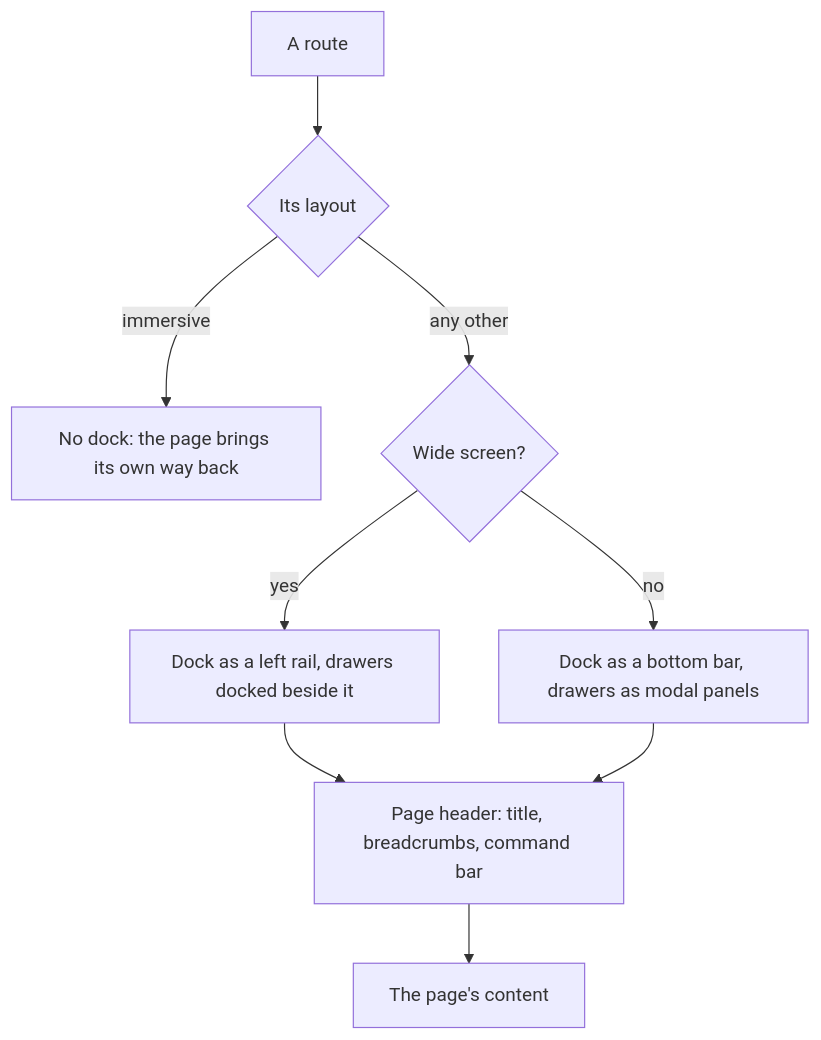
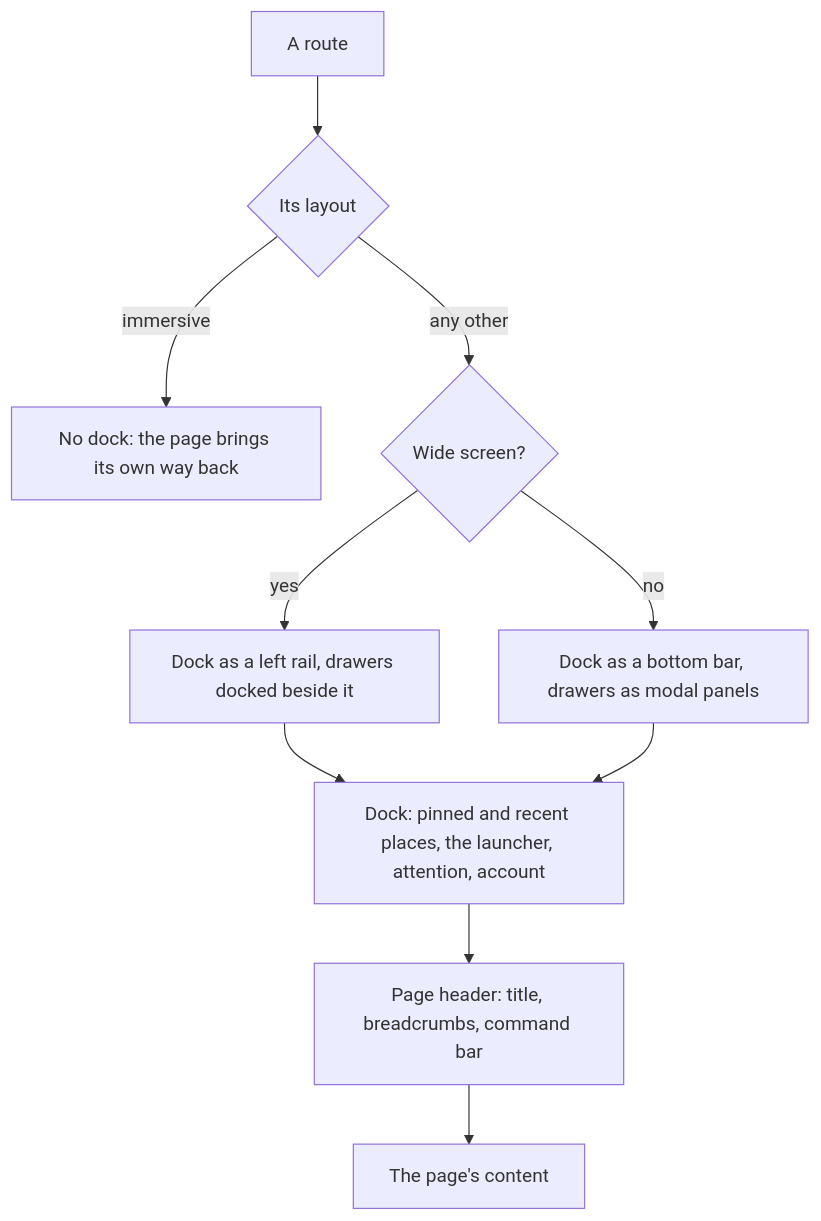
One commit to Esposter/Esposter changed the diagram in apps/web/content/docs/proposals/refactors/ui-library/shell.md. Above: the diagram before and after it, drawn with Mermaid. The commit also changed other lines of this file and 4 other files, not shown here.

````diff
--- a/apps/web/content/docs/proposals/refactors/ui-library/shell.md
+++ b/apps/web/content/docs/proposals/refactors/ui-library/shell.md
@@ -25,11 +27,12 @@
 ```mermaid
 flowchart TD
   R[A route] --> L{Its layout}
   L -->|immersive| I[No dock: the page brings its own way back]
   L -->|any other| W{Wide screen?}
   W -->|yes| RL[Dock as a left rail, drawers docked beside it]
   W -->|no| BB[Dock as a bottom bar, drawers as modal panels]
-  RL --> H[Page header: title, breadcrumbs, command bar]
-  BB --> H
+  RL --> D[Dock: pinned and recent places, the launcher, attention, account]
+  BB --> D
+  D --> H[Page header: title, breadcrumbs, command bar]
   H --> C[The page's content]
 ```
````
